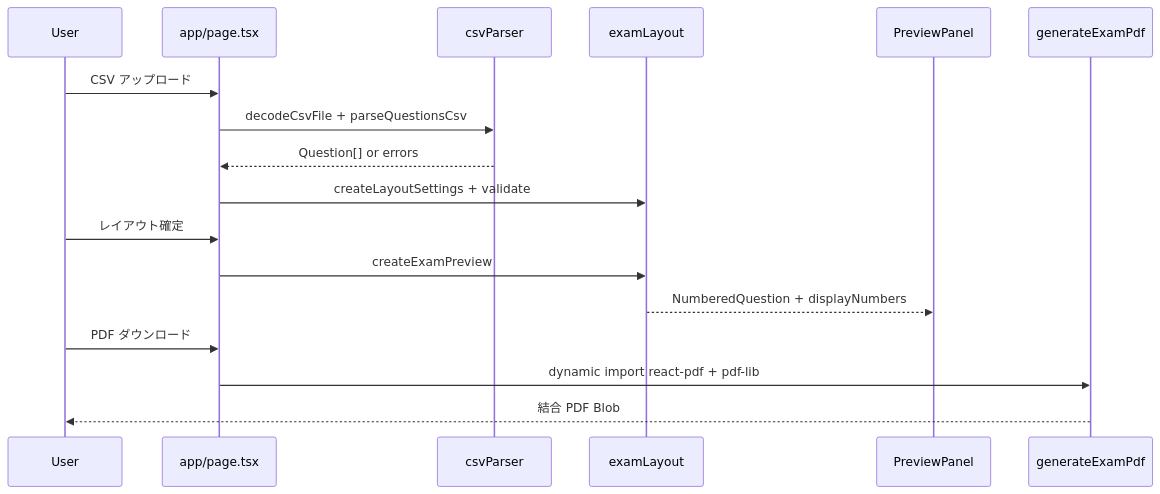
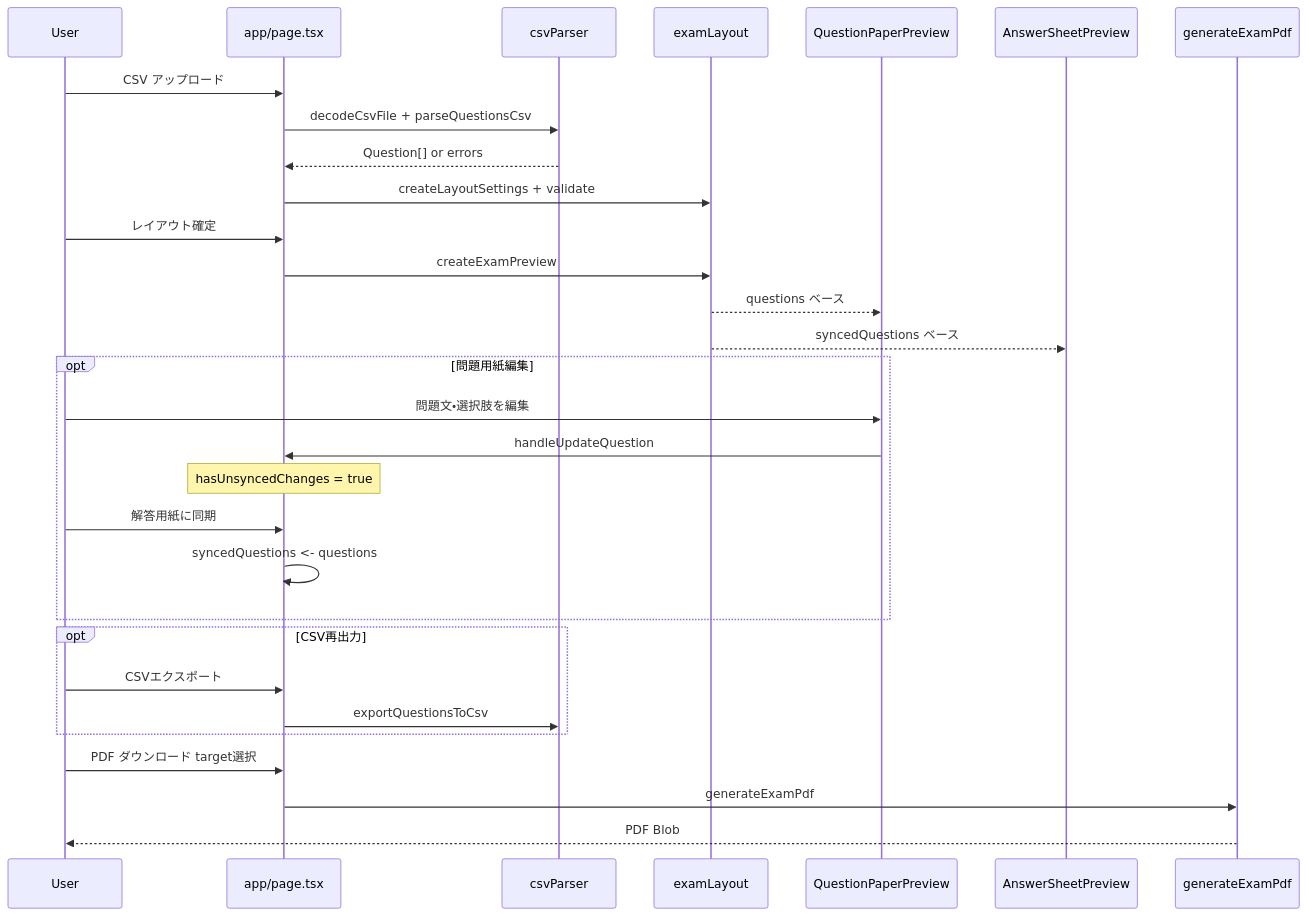
The second of 6 diagrams in docs/BUSINESS_WORKFLOW.md (Ryo0922ta/create-exam-app), drawn with Mermaid before and after one commit. The commit also changed other lines of this file and 2 other files, not shown here.

````diff
--- a/docs/BUSINESS_WORKFLOW.md
+++ b/docs/BUSINESS_WORKFLOW.md
@@ -44,20 +44,36 @@
 ```mermaid
 sequenceDiagram
     participant User
     participant Page as app/page.tsx
     participant Parser as csvParser
     participant Layout as examLayout
-    participant Preview as PreviewPanel
+    participant QPreview as QuestionPaperPreview
+    participant APreview as AnswerSheetPreview
     participant PDF as generateExamPdf
 
     User->>Page: CSV アップロード
     Page->>Parser: decodeCsvFile + parseQuestionsCsv
     Parser-->>Page: Question[] or errors
     Page->>Layout: createLayoutSettings + validate
     User->>Page: レイアウト確定
     Page->>Layout: createExamPreview
-    Layout-->>Preview: NumberedQuestion + displayNumbers
-    User->>Page: PDF ダウンロード
-    Page->>PDF: dynamic import react-pdf + pdf-lib
-    PDF-->>User: 結合 PDF Blob
+    Layout-->>QPreview: questions ベース
+    Layout-->>APreview: syncedQuestions ベース
+
+    opt 問題用紙編集
+        User->>QPreview: 問題文・選択肢を編集
+        QPreview->>Page: handleUpdateQuestion
+        Note over Page: hasUnsyncedChanges = true
+        User->>Page: 解答用紙に同期
+        Page->>Page: syncedQuestions <- questions
+    end
+
+    opt CSV再出力
+        User->>Page: CSVエクスポート
+        Page->>Parser: exportQuestionsToCsv
+    end
+
+    User->>Page: PDF ダウンロード target選択
+    Page->>PDF: generateExamPdf
+    PDF-->>User: PDF Blob
 ```
````
